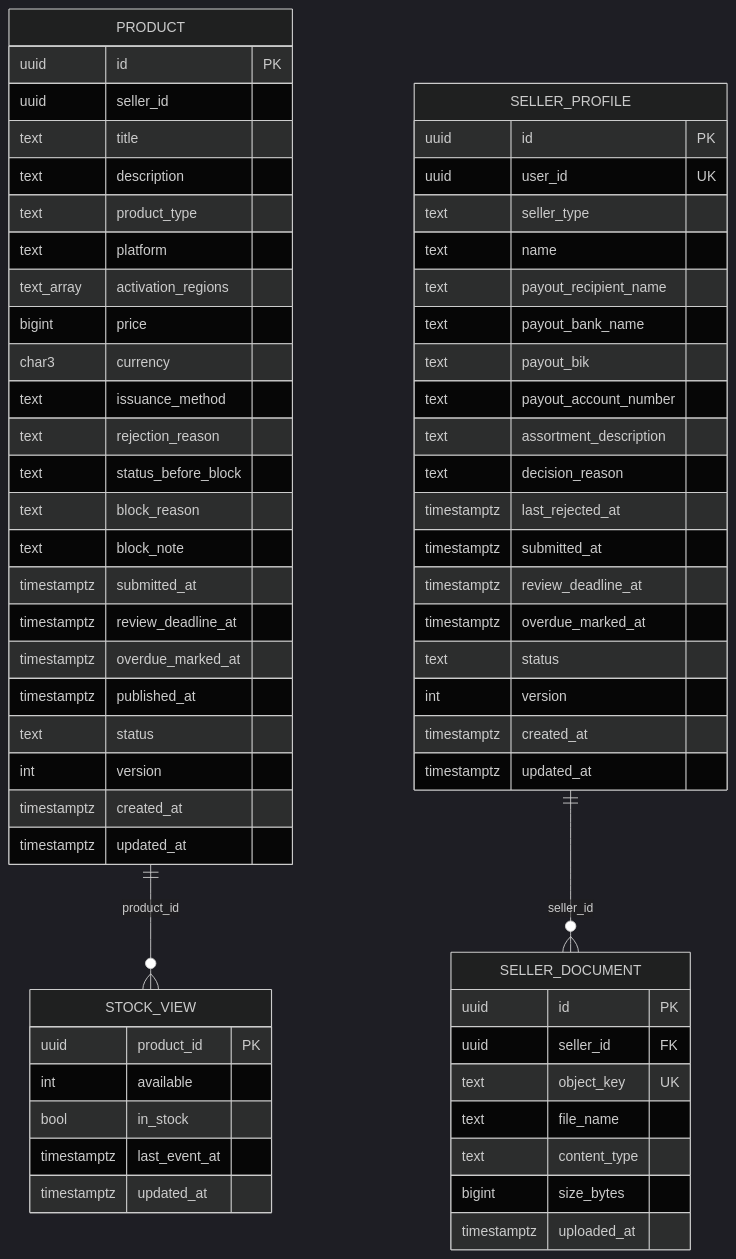
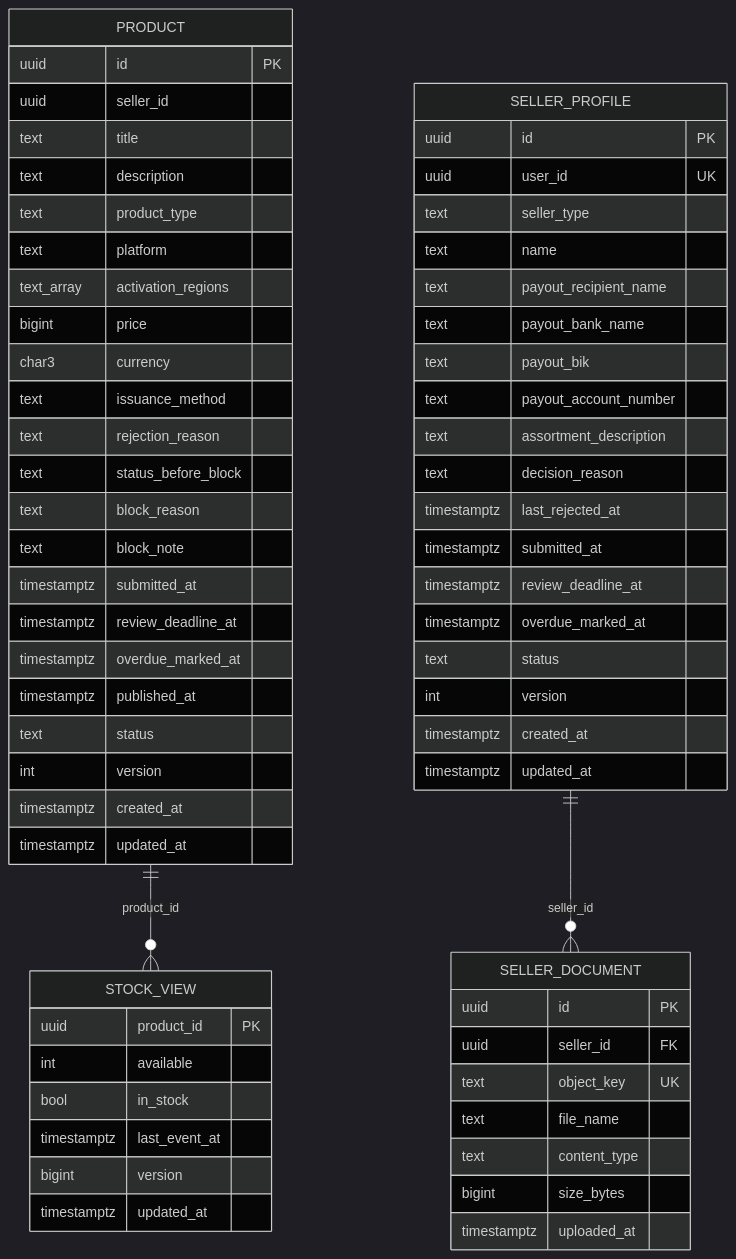
One commit to Lapin143/digital-goods-marketplace changed the diagram in docs/07-data/catalog-service-schema.md. Above: the diagram before and after it, drawn with Mermaid (dark theme). The commit also changed other lines of this file and 8 other files, not shown here.

````diff
--- a/docs/07-data/catalog-service-schema.md
+++ b/docs/07-data/catalog-service-schema.md
@@ -17,65 +17,66 @@
 ```mermaid
 erDiagram
     PRODUCT {
         uuid id PK
         uuid seller_id
         text title
         text description
         text product_type
         text platform
         text_array activation_regions
         bigint price
         char3 currency
         text issuance_method
         text rejection_reason
         text status_before_block
         text block_reason
         text block_note
         timestamptz submitted_at
         timestamptz review_deadline_at
         timestamptz overdue_marked_at
         timestamptz published_at
         text status
         int version
         timestamptz created_at
         timestamptz updated_at
     }
     STOCK_VIEW {
         uuid product_id PK
         int available
         bool in_stock
         timestamptz last_event_at
+        bigint version
         timestamptz updated_at
     }
     SELLER_DOCUMENT {
         uuid id PK
         uuid seller_id FK
         text object_key UK
         text file_name
         text content_type
         bigint size_bytes
         timestamptz uploaded_at
     }
     SELLER_PROFILE {
         uuid id PK
         uuid user_id UK
         text seller_type
         text name
         text payout_recipient_name
         text payout_bank_name
         text payout_bik
         text payout_account_number
         text assortment_description
         text decision_reason
         timestamptz last_rejected_at
         timestamptz submitted_at
         timestamptz review_deadline_at
         timestamptz overdue_marked_at
         text status
         int version
         timestamptz created_at
         timestamptz updated_at
     }
     PRODUCT ||--o{ STOCK_VIEW : "product_id"
     SELLER_PROFILE ||--o{ SELLER_DOCUMENT : "seller_id"
 ```
````
